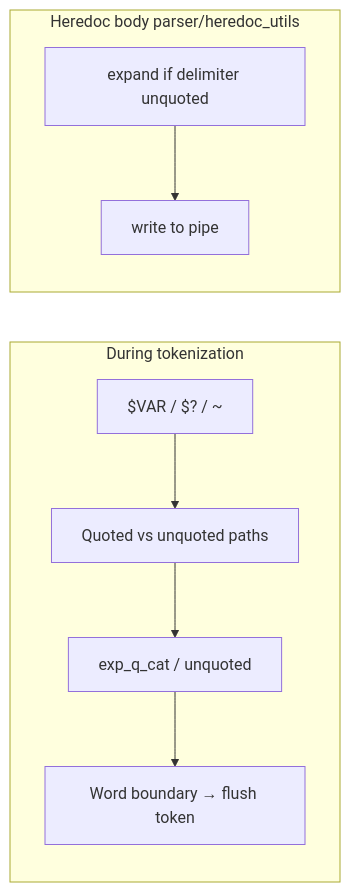
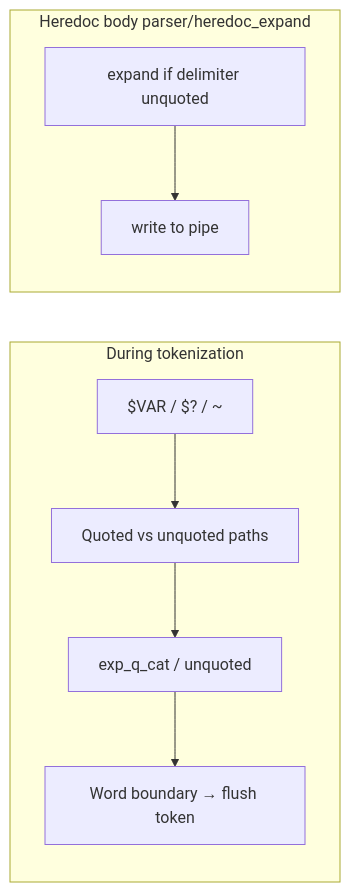
One commit to gkhavari/minishell changed the seventh of 14 diagrams in docs/MINISHELL_ARCHITECTURE.md. Above: the diagram before and after it, drawn with Mermaid. The commit also changed other lines of this file and 24 other files, not shown here.

````diff
--- a/docs/MINISHELL_ARCHITECTURE.md
+++ b/docs/MINISHELL_ARCHITECTURE.md
@@ -522,11 +522,11 @@
 ```mermaid
 flowchart LR
     subgraph tok["During tokenization"]
         A[$VAR / $? / ~] --> B[Quoted vs unquoted paths]
         B --> C[exp_q_cat / unquoted]
         C --> D[Word boundary → flush token]
     end
-    subgraph hd["Heredoc body parser/heredoc_utils"]
+    subgraph hd["Heredoc body parser/heredoc_expand"]
         H1[expand if delimiter unquoted] --> H2[write to pipe]
     end
 ```
````
